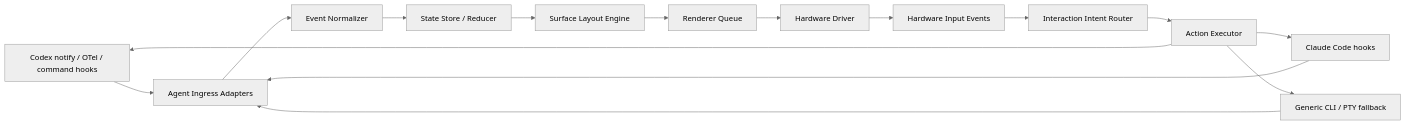
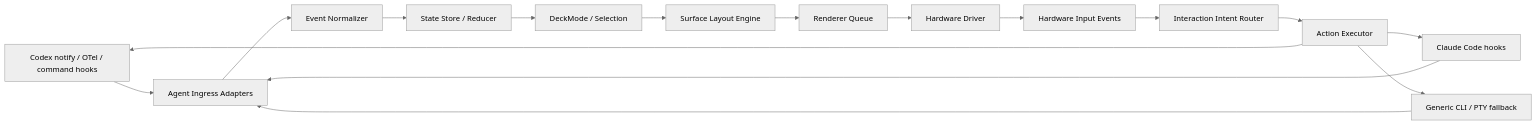
The diagram in docs/superpowers/specs/2026-06-12-agent-deck-analysis.md (breakstring/agent-deck), drawn with Mermaid (neutral theme) before and after one commit. The commit also changed other lines of this file and 4 other files, not shown here.

````diff
--- a/docs/superpowers/specs/2026-06-12-agent-deck-analysis.md
+++ b/docs/superpowers/specs/2026-06-12-agent-deck-analysis.md
@@ -90,17 +104,18 @@
 ```mermaid
 flowchart LR
   Codex["Codex notify / OTel / command hooks"] --> Ingress["Agent Ingress Adapters"]
   Claude["Claude Code hooks"] --> Ingress
   Generic["Generic CLI / PTY fallback"] --> Ingress
   Ingress --> Normalize["Event Normalizer"]
   Normalize --> Store["State Store / Reducer"]
-  Store --> Layout["Surface Layout Engine"]
+  Store --> Mode["DeckMode / Selection"]
+  Mode --> Layout["Surface Layout Engine"]
   Layout --> Render["Renderer Queue"]
   Render --> Hardware["Hardware Driver"]
   Hardware --> Input["Hardware Input Events"]
   Input --> Intent["Interaction Intent Router"]
   Intent --> Actions["Action Executor"]
   Actions --> Codex
   Actions --> Claude
   Actions --> Generic
 ```
````
